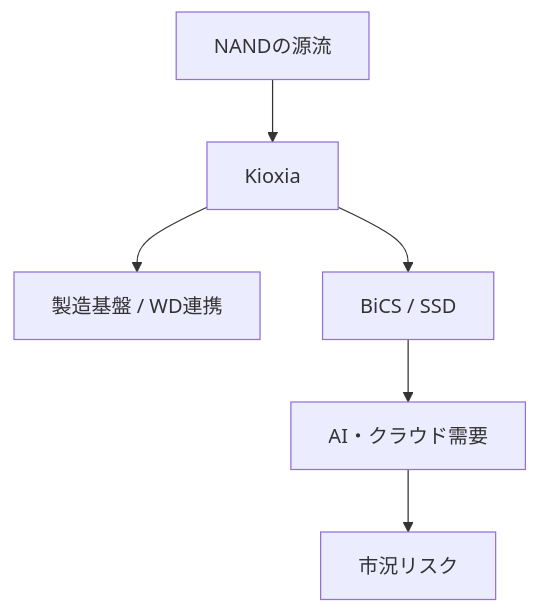
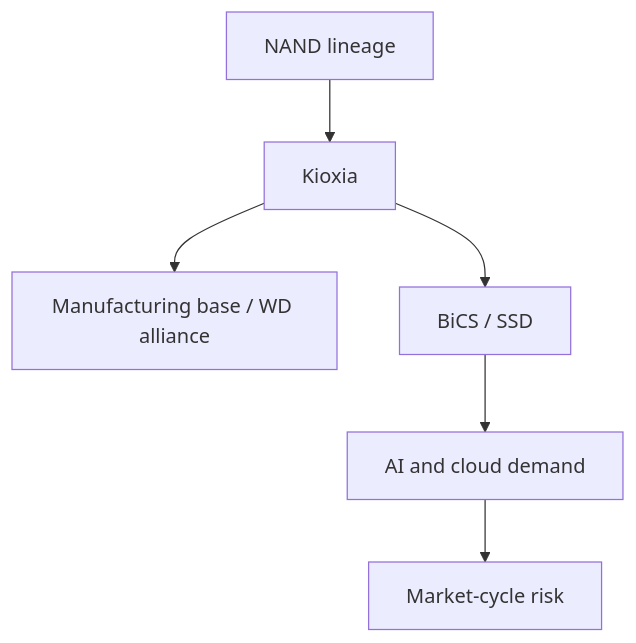
The first of 2 diagrams in content/blog/en/kioxia.mdx (daylight55/research), drawn with Mermaid before and after one commit. The commit also changed other lines of this file and 26 other files, not shown here.

Commit message:
Translate English Mermaid labels

````diff
--- a/content/blog/en/kioxia.mdx
+++ b/content/blog/en/kioxia.mdx
@@ -42,8 +42,8 @@
 ```mermaid
 flowchart TB
-  A["NANDの源流"] --> B["Kioxia"]
-  B --> C["製造基盤 / WD連携"]
+  A["NAND lineage"] --> B["Kioxia"]
+  B --> C["Manufacturing base / WD alliance"]
   B --> E["BiCS / SSD"]
-  E --> F["AI・クラウド需要"]
-  F --> G["市況リスク"]
+  E --> F["AI and cloud demand"]
+  F --> G["Market-cycle risk"]
 ```
````
